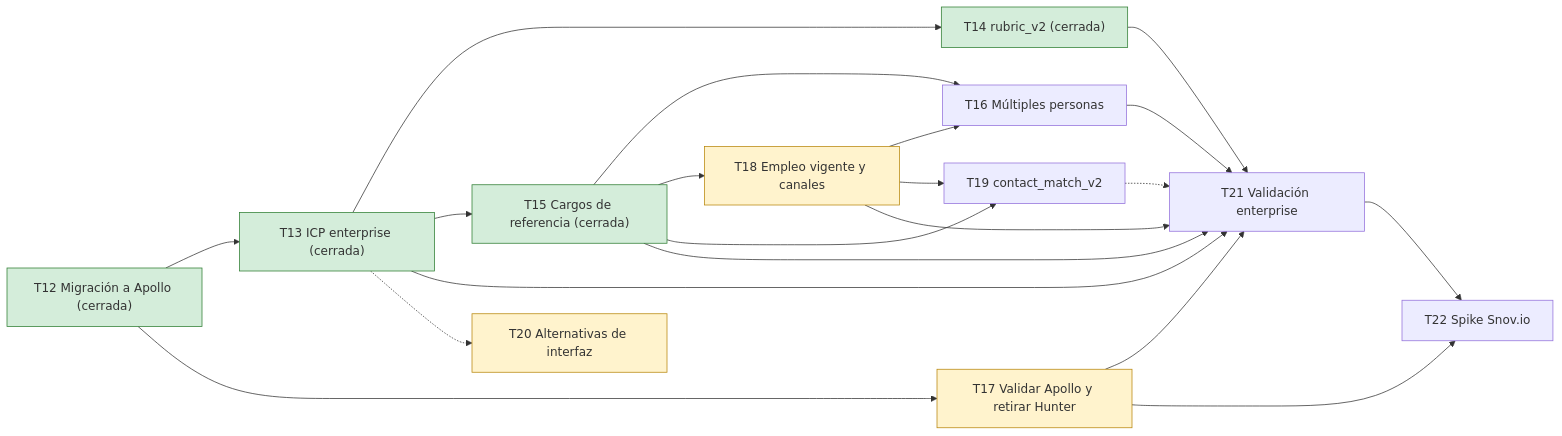
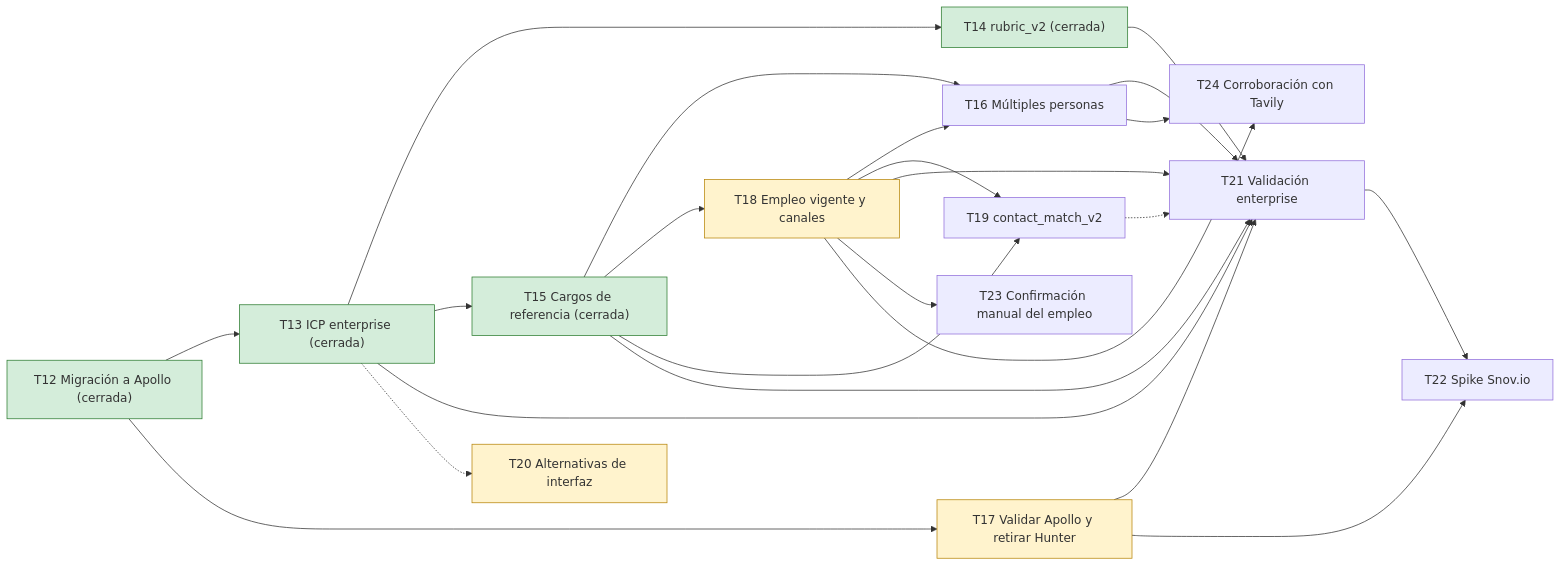
The diagram in docs/Roadmap.md (ThomasSerna/veryfi-prospecting), drawn with Mermaid before and after one commit. The commit also changed other lines of this file, not shown here.

Commit message:
docs: añadir T23 y T24 al Roadmap y marcar T18 implementada pendiente de cierre

````diff
--- a/docs/Roadmap.md
+++ b/docs/Roadmap.md
@@ -52,35 +54,40 @@
 ```mermaid
 flowchart LR
     T12["T12 Migración a Apollo (cerrada)"]:::closed
     T13["T13 ICP enterprise (cerrada)"]:::closed
     T14["T14 rubric_v2 (cerrada)"]:::closed
     T15["T15 Cargos de referencia (cerrada)"]:::closed
     T16["T16 Múltiples personas"]
     T17["T17 Validar Apollo y retirar Hunter"]:::ready
     T18["T18 Empleo vigente y canales"]:::ready
     T19["T19 contact_match_v2"]
     T20["T20 Alternativas de interfaz"]:::ready
     T21["T21 Validación enterprise"]
     T22["T22 Spike Snov.io"]
+    T23["T23 Confirmación manual del empleo"]
+    T24["T24 Corroboración con Tavily"]
     T12 --> T13
     T12 --> T17
     T13 --> T14
     T13 --> T15
     T15 --> T16
     T15 --> T18
     T15 --> T19
     T18 --> T16
     T18 --> T19
     T13 --> T21
     T14 --> T21
     T15 --> T21
     T16 --> T21
     T17 --> T21
     T18 --> T21
     T21 --> T22
     T17 --> T22
     T13 -.-> T20
     T19 -.-> T21
+    T18 --> T23
+    T18 --> T24
+    T16 --> T24
     classDef closed fill:#d4edda,stroke:#2e7d32
     classDef ready fill:#fff3cd,stroke:#b8860b
 ```
````
